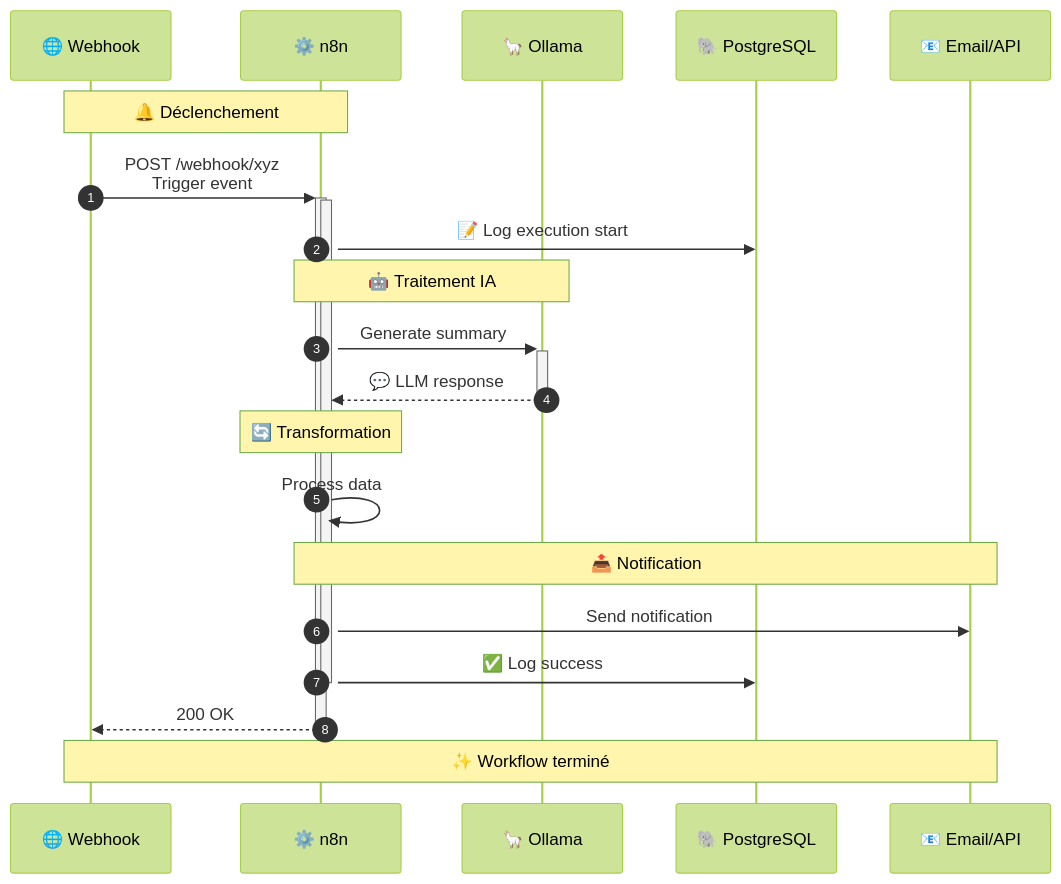
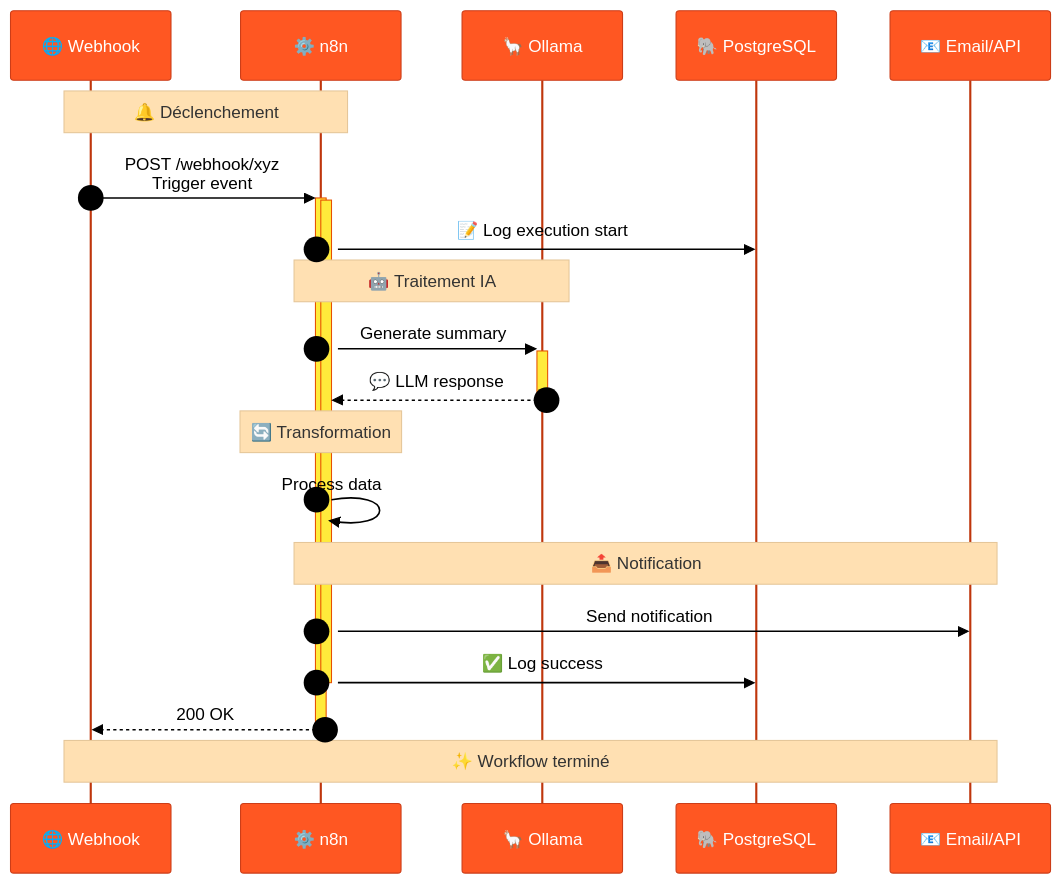
One commit to MPFabio/Stack-IA changed the ninth of 14 diagrams in docs/ARCHITECTURE.md. Above: the diagram before and after it, drawn with Mermaid. The commit also changed other lines of this file, not shown here.

First line of the commit message:
fix(docs): Fonds colorés FORCES dans themeVariables Mermaid

````diff
--- a/docs/ARCHITECTURE.md
+++ b/docs/ARCHITECTURE.md
@@ -539,33 +539,33 @@
 ```mermaid
-%%{init: {'theme':'forest'}}%%
+%%{init: {'theme':'base', 'themeVariables': {'background':'#fff3e0','mainBkg':'#fff3e0','noteBkgColor':'#ffe0b2','actorBkg':'#FF5722','actorBorder':'#cc3d18','actorTextColor':'#fff','actorLineColor':'#bf360c','signalColor':'#000','signalTextColor':'#000','labelTextColor':'#000','loopTextColor':'#000','activationBkgColor':'#ffeb3b','activationBorderColor':'#e65100','sequenceNumberColor':'#000'}}}%%
 sequenceDiagram
     autonumber
     participant W as 🌐 Webhook
     participant N as ⚙️ n8n
     participant O as 🦙 Ollama
     participant P as 🐘 PostgreSQL
     participant E as 📧 Email/API
     
     Note over W,N: 🔔 Déclenchement
     W->>+N: POST /webhook/xyz<br/>Trigger event
     
     activate N
     N->>P: 📝 Log execution start
     
     Note over N,O: 🤖 Traitement IA
     N->>+O: Generate summary
     O-->>-N: 💬 LLM response
     
     Note over N: 🔄 Transformation
     N->>N: Process data
     
     Note over N,E: 📤 Notification
     N->>E: Send notification
     
     N->>P: ✅ Log success
     deactivate N
     
     N-->>-W: 200 OK
     
     Note over W,E: ✨ Workflow terminé
 ```
````
